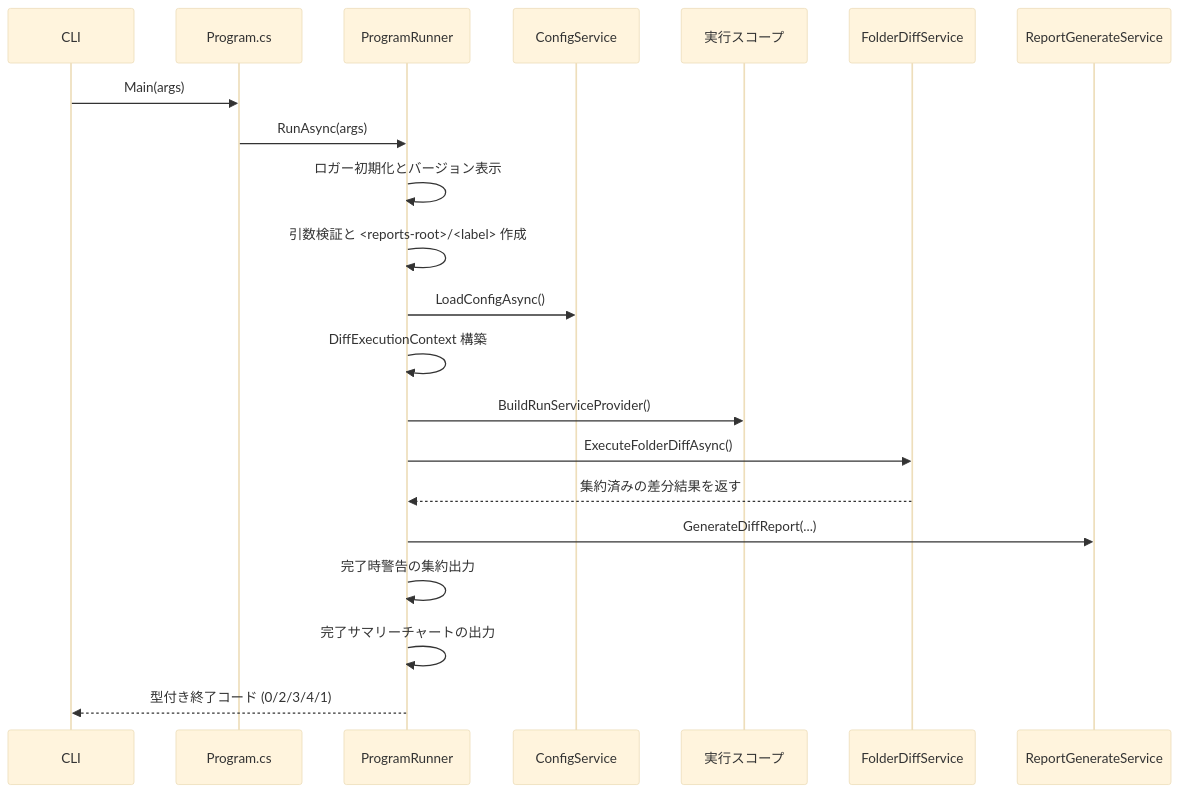
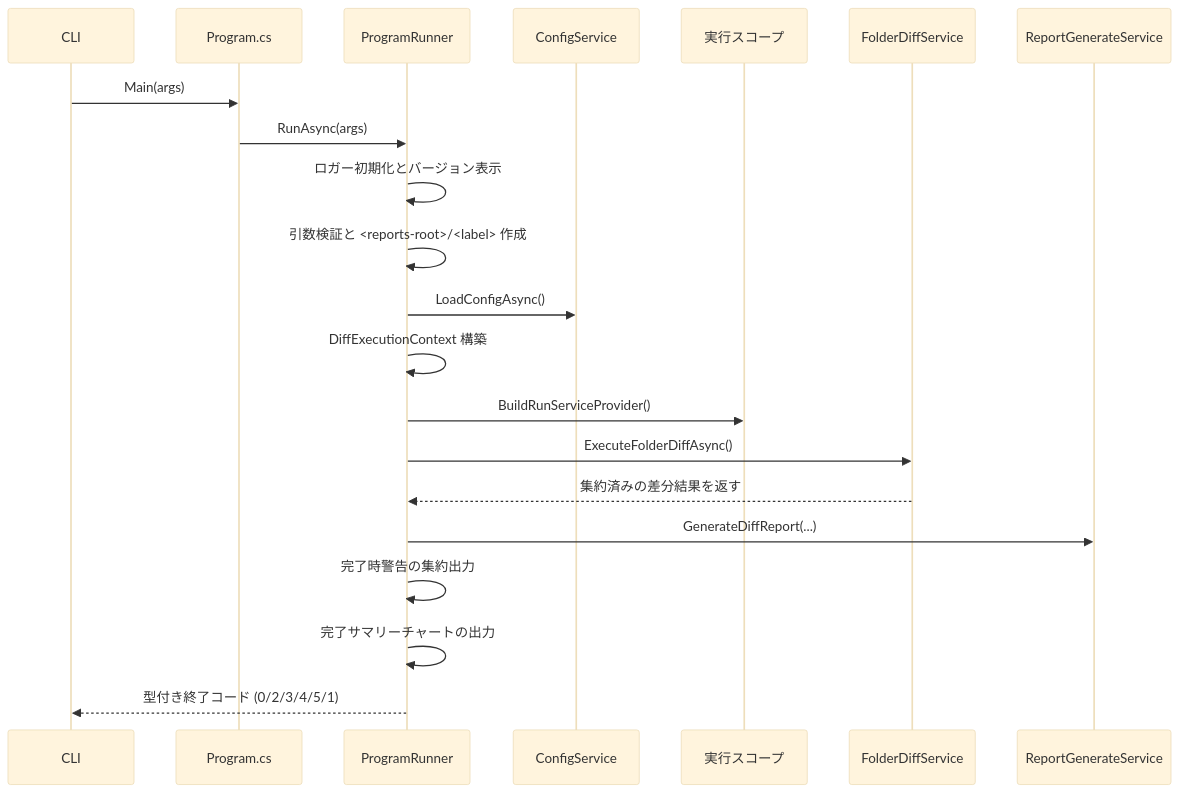
Before and after one commit to Widthdom/FolderDiffIL4DotNet: the ninth of 12 diagrams in doc/DEVELOPER_GUIDE.md, drawn with Mermaid (base theme). The commit also changed other lines of this file and 13 other files, not shown here.

````diff
--- a/doc/DEVELOPER_GUIDE.md
+++ b/doc/DEVELOPER_GUIDE.md
@@ -1308,24 +1308,24 @@
 ```mermaid
 sequenceDiagram
     participant CLI as CLI
     participant Program as Program.cs
     participant Runner as ProgramRunner
     participant Config as ConfigService
     participant Scope as 実行スコープ
     participant Diff as FolderDiffService
     participant Report as ReportGenerateService
 
     CLI->>Program: Main(args)
     Program->>Runner: RunAsync(args)
     Runner->>Runner: ロガー初期化とバージョン表示
     Runner->>Runner: 引数検証と <reports-root>/<label> 作成
     Runner->>Config: LoadConfigAsync()
     Runner->>Runner: DiffExecutionContext 構築
     Runner->>Scope: BuildRunServiceProvider()
     Runner->>Diff: ExecuteFolderDiffAsync()
     Diff-->>Runner: 集約済みの差分結果を返す
     Runner->>Report: GenerateDiffReport(...)
     Runner->>Runner: 完了時警告の集約出力
     Runner->>Runner: 完了サマリーチャートの出力
-    Runner-->>CLI: 型付き終了コード (0/2/3/4/1)
+    Runner-->>CLI: 型付き終了コード (0/2/3/4/5/1)
 ```
````
